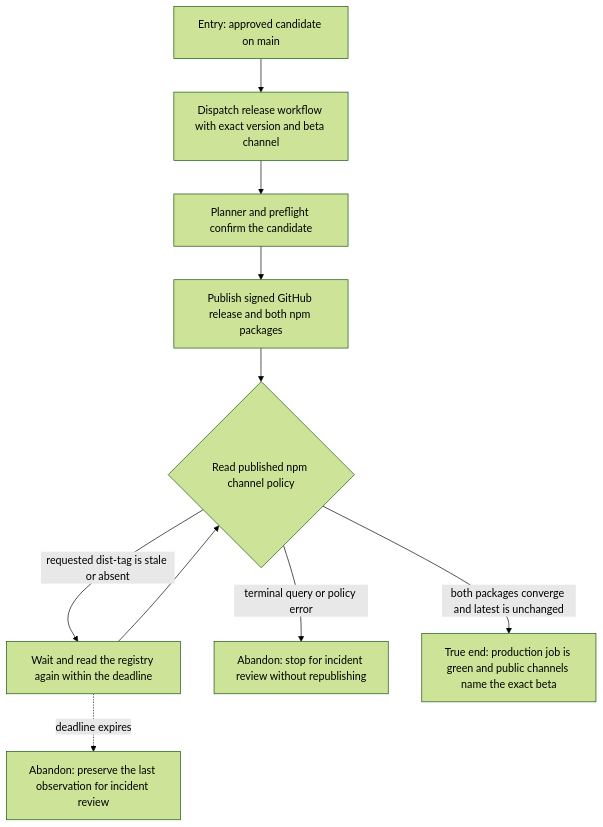
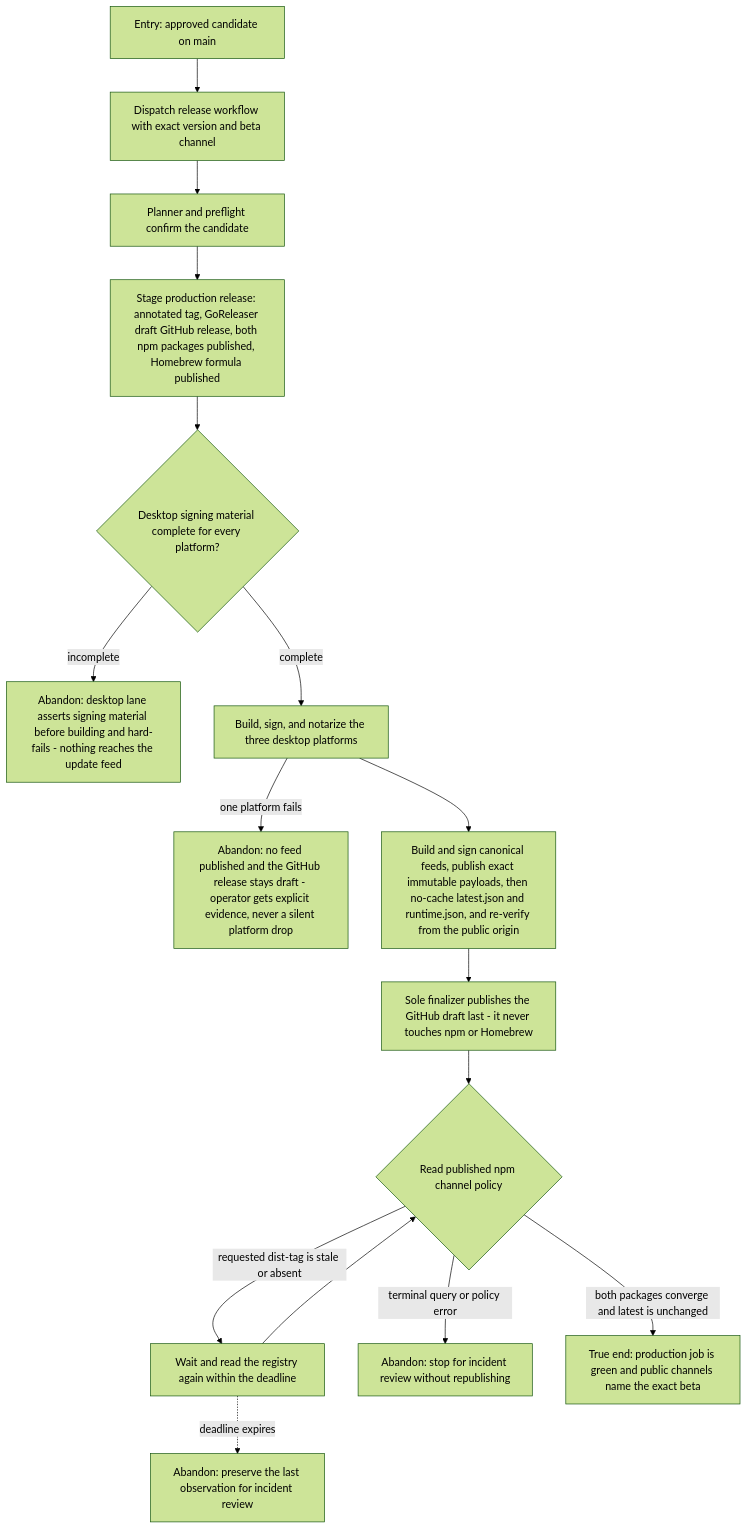
One commit to compozy/compozy changed the diagram in docs/qa/journeys/J-publish-compozy-beta.md. Above: the diagram before and after it, drawn with Mermaid (forest theme). The commit also changed other lines of this file and 38 other files, not shown here.

````diff
--- a/docs/qa/journeys/J-publish-compozy-beta.md
+++ b/docs/qa/journeys/J-publish-compozy-beta.md
@@ -3,12 +3,18 @@
 ```mermaid
 flowchart TD
     A[Entry: approved candidate on main] --> B[Dispatch release workflow with exact version and beta channel]
     B --> C[Planner and preflight confirm the candidate]
-    C --> D[Publish signed GitHub release and both npm packages]
+    C --> D0[Stage production release: annotated tag, GoReleaser draft GitHub release, both npm packages published, Homebrew formula published]
+    D0 --> C1{Desktop signing material complete for every platform?}
+    C1 -->|incomplete| X3[Abandon: desktop lane asserts signing material before building and hard-fails - nothing reaches the update feed]
+    C1 -->|complete| C2[Build, sign, and notarize the three desktop platforms]
+    C2 -->|one platform fails| X4[Abandon: no feed published and the GitHub release stays draft - operator gets explicit evidence, never a silent platform drop]
+    C2 --> C3[Build and sign canonical feeds, publish exact immutable payloads, then no-cache latest.json and runtime.json, and re-verify from the public origin]
+    C3 --> D[Sole finalizer publishes the GitHub draft last - it never touches npm or Homebrew]
     D --> E{Read published npm channel policy}
     E -->|requested dist-tag is stale or absent| F[Wait and read the registry again within the deadline]
     F --> E
     E -->|terminal query or policy error| X1[Abandon: stop for incident review without republishing]
     E -->|both packages converge and latest is unchanged| G[True end: production job is green and public channels name the exact beta]
     F -.->|deadline expires| X2[Abandon: preserve the last observation for incident review]
 ```
````
